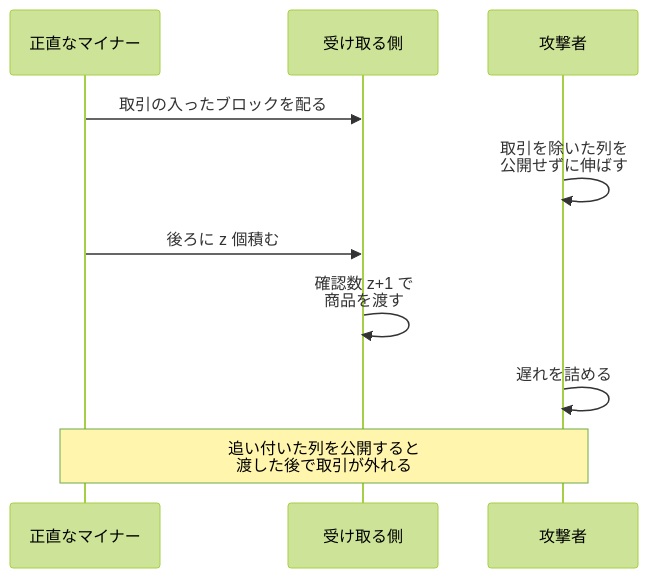
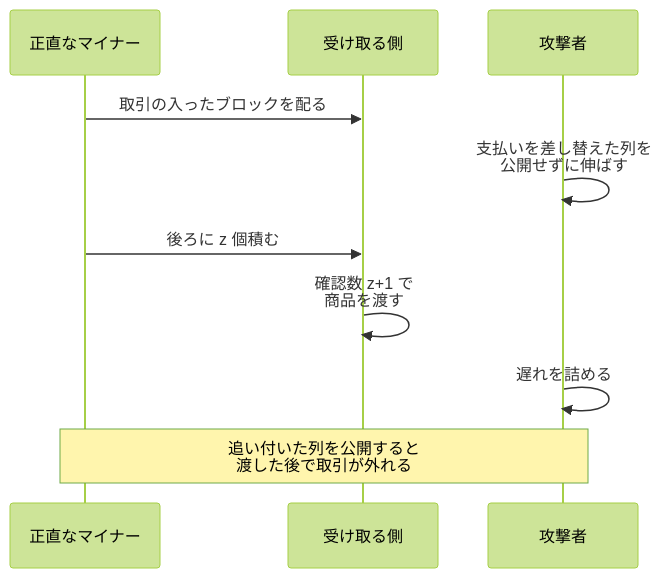
Before and after one commit to nao1215/debimate: the fourth of 9 diagrams in content/notes/blockchain-systems/finality/index.md, drawn with Mermaid (forest theme). The commit also changed other lines of this file and 50 other files, not shown here.

````diff
--- a/content/notes/blockchain-systems/finality/index.md
+++ b/content/notes/blockchain-systems/finality/index.md
@@ -73,12 +75,12 @@
 ```mermaid
 sequenceDiagram
     participant H as 正直なマイナー
     participant R as 受け取る側
     participant Q as 攻撃者
     H->>R: 取引の入ったブロックを配る
-    Q->>Q: 取引を除いた列を<br/>公開せずに伸ばす
+    Q->>Q: 支払いを差し替えた列を<br/>公開せずに伸ばす
     H->>R: 後ろに z 個積む
     R->>R: 確認数 z+1 で<br/>商品を渡す
     Q->>Q: 遅れを詰める
     Note over H,Q: 追い付いた列を公開すると<br/>渡した後で取引が外れる
 ```
````
